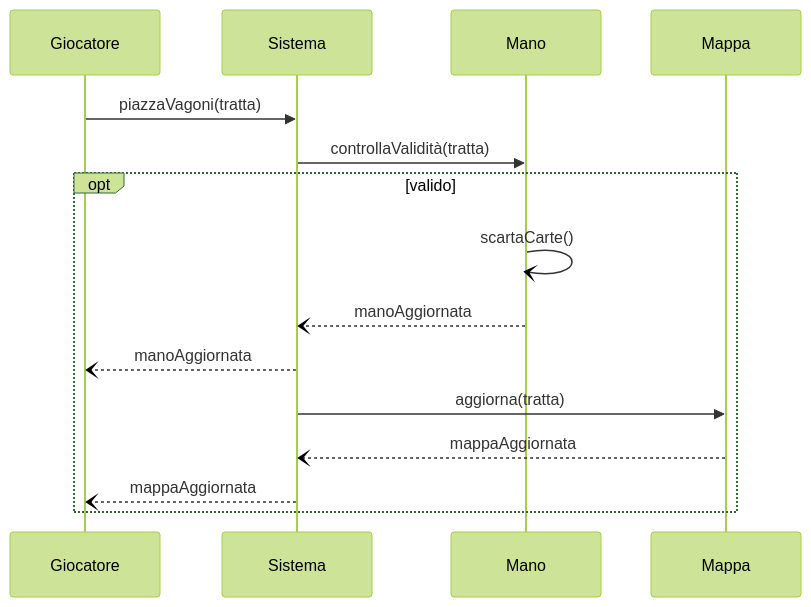
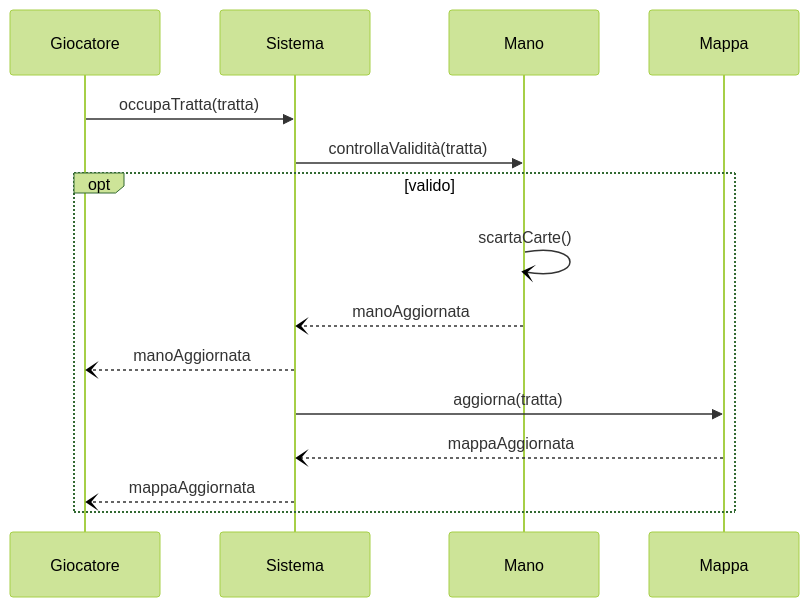
Before and after one commit to FilippoPracucci/PPS-24-ttr-scala: the third of 3 diagrams in docs/report/requirement_specification.md, drawn with Mermaid (forest theme). The commit also changed other lines of this file and 19 other files, not shown here.

Commit message:
docs: add architectural design, update requirement specification and minor fixes in design and impl

````diff
--- a/docs/report/requirement_specification.md
+++ b/docs/report/requirement_specification.md
@@ -82,13 +82,13 @@
 ```mermaid
 sequenceDiagram
-    Giocatore->>Sistema: piazzaVagoni(tratta)
+    Giocatore->>Sistema: occupaTratta(tratta)
     Sistema->>Mano: controllaValidità(tratta)
     opt valido 
         Mano-)Mano: scartaCarte()
         Mano--)Sistema: manoAggiornata
         Sistema--)Giocatore: manoAggiornata
         Sistema->>Mappa: aggiorna(tratta)
         Mappa--)Sistema: mappaAggiornata
         Sistema--)Giocatore: mappaAggiornata
     end
 ```
````
